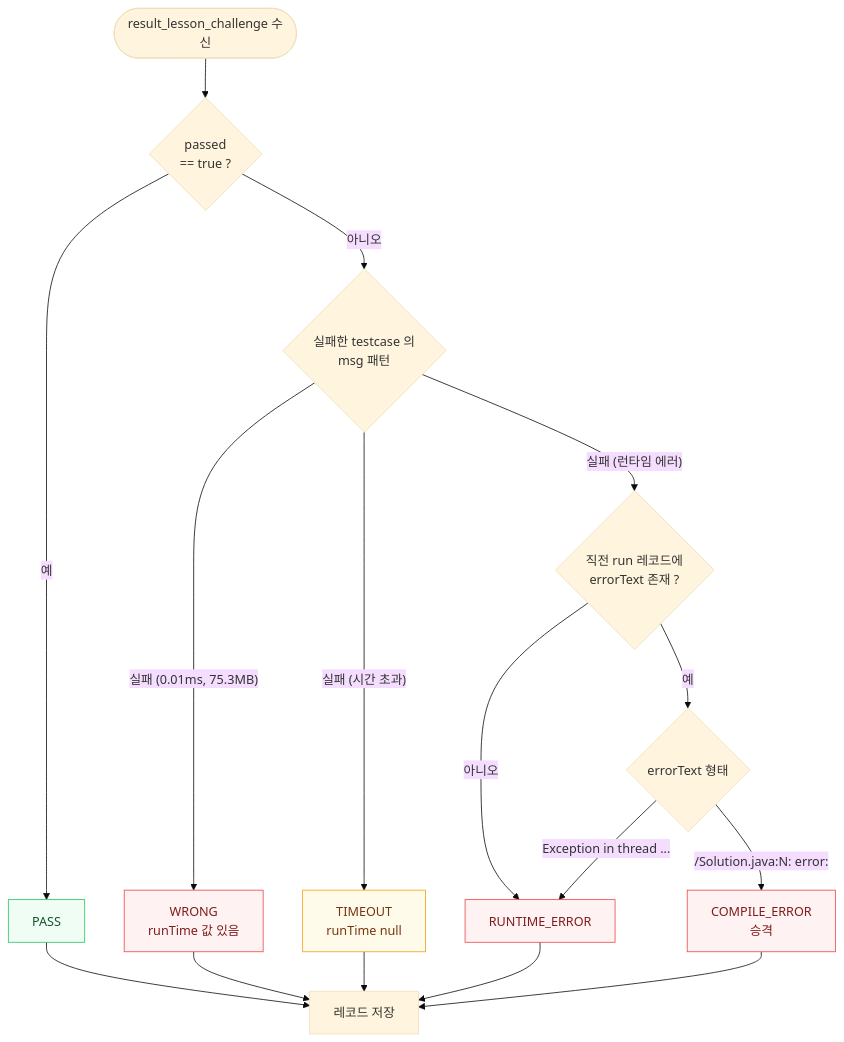
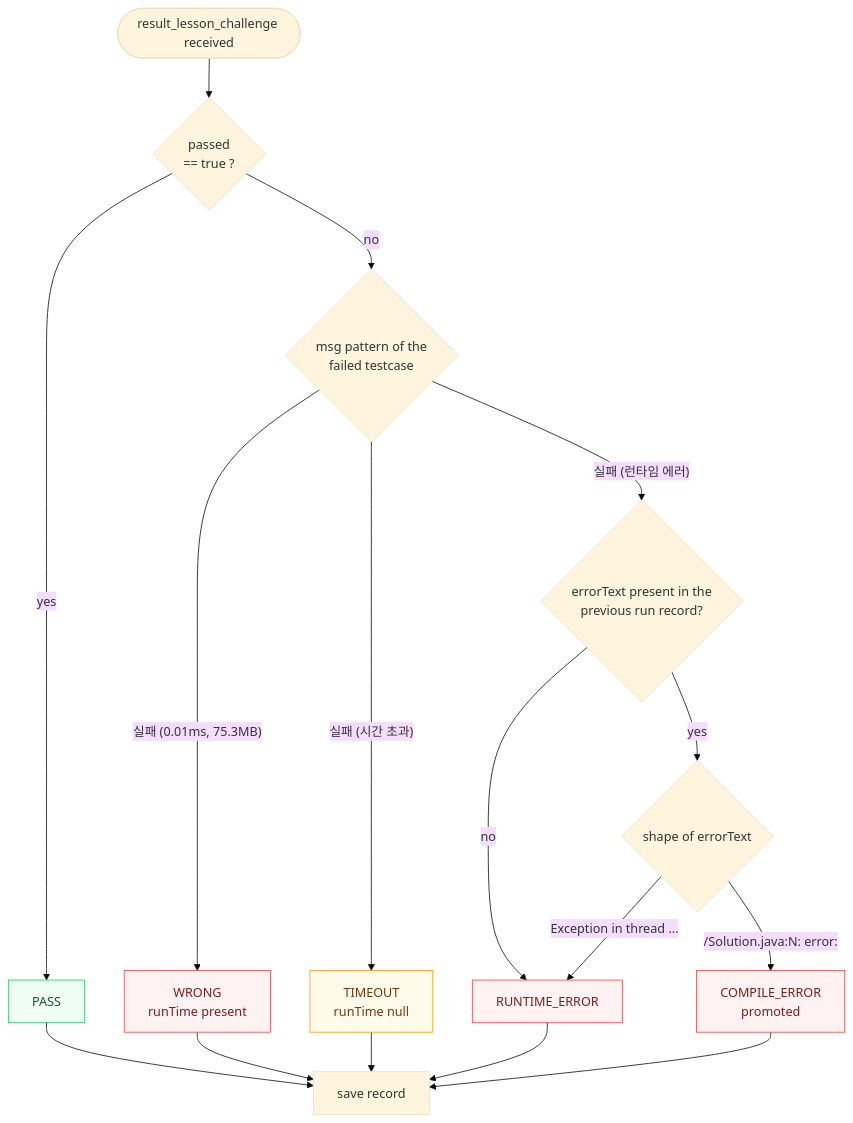
The third of 3 diagrams in docs/superpowers/specs/2026-08-04-programmers-tracker-design.md (BrokenFinger98/programmers-tracker), drawn with Mermaid (base theme) before and after one commit. The commit also changed other lines of this file and 39 other files, not shown here.

````diff
--- a/docs/superpowers/specs/2026-08-04-programmers-tracker-design.md
+++ b/docs/superpowers/specs/2026-08-04-programmers-tracker-design.md
@@ -189,28 +193,28 @@
 ```mermaid
 flowchart TB
-    START(["result_lesson_challenge 수신"]) --> PASSED{"passed<br/>== true ?"}
-    PASSED -->|예| VPASS["PASS"]
-    PASSED -->|아니오| MSG{"실패한 testcase 의<br/>msg 패턴"}
+    START(["result_lesson_challenge received"]) --> PASSED{"passed<br/>== true ?"}
+    PASSED -->|yes| VPASS["PASS"]
+    PASSED -->|no| MSG{"msg pattern of the<br/>failed testcase"}
 
-    MSG -->|"실패 (0.01ms, 75.3MB)"| VWRONG["WRONG<br/>runTime 값 있음"]
+    MSG -->|"실패 (0.01ms, 75.3MB)"| VWRONG["WRONG<br/>runTime present"]
     MSG -->|"실패 (시간 초과)"| VTIME["TIMEOUT<br/>runTime null"]
-    MSG -->|"실패 (런타임 에러)"| PREV{"직전 run 레코드에<br/>errorText 존재 ?"}
+    MSG -->|"실패 (런타임 에러)"| PREV{"errorText present in the<br/>previous run record?"}
 
-    PREV -->|아니오| VRT["RUNTIME_ERROR"]
-    PREV -->|예| KIND{"errorText 형태"}
-    KIND -->|"/Solution.java:N: error:"| VCE["COMPILE_ERROR<br/>승격"]
+    PREV -->|no| VRT["RUNTIME_ERROR"]
+    PREV -->|yes| KIND{"shape of errorText"}
+    KIND -->|"/Solution.java:N: error:"| VCE["COMPILE_ERROR<br/>promoted"]
     KIND -->|"Exception in thread ..."| VRT
 
-    VPASS --> REC["레코드 저장"]
+    VPASS --> REC["save record"]
     VWRONG --> REC
     VTIME --> REC
     VRT --> REC
     VCE --> REC
 
     classDef ok fill:#f0fdf4,stroke:#22c55e,color:#14532d
     classDef bad fill:#fef2f2,stroke:#ef4444,color:#7f1d1d
     classDef warn fill:#fffbeb,stroke:#f59e0b,color:#78350f
     class VPASS ok
     class VWRONG,VRT,VCE bad
     class VTIME warn
 ```
````
